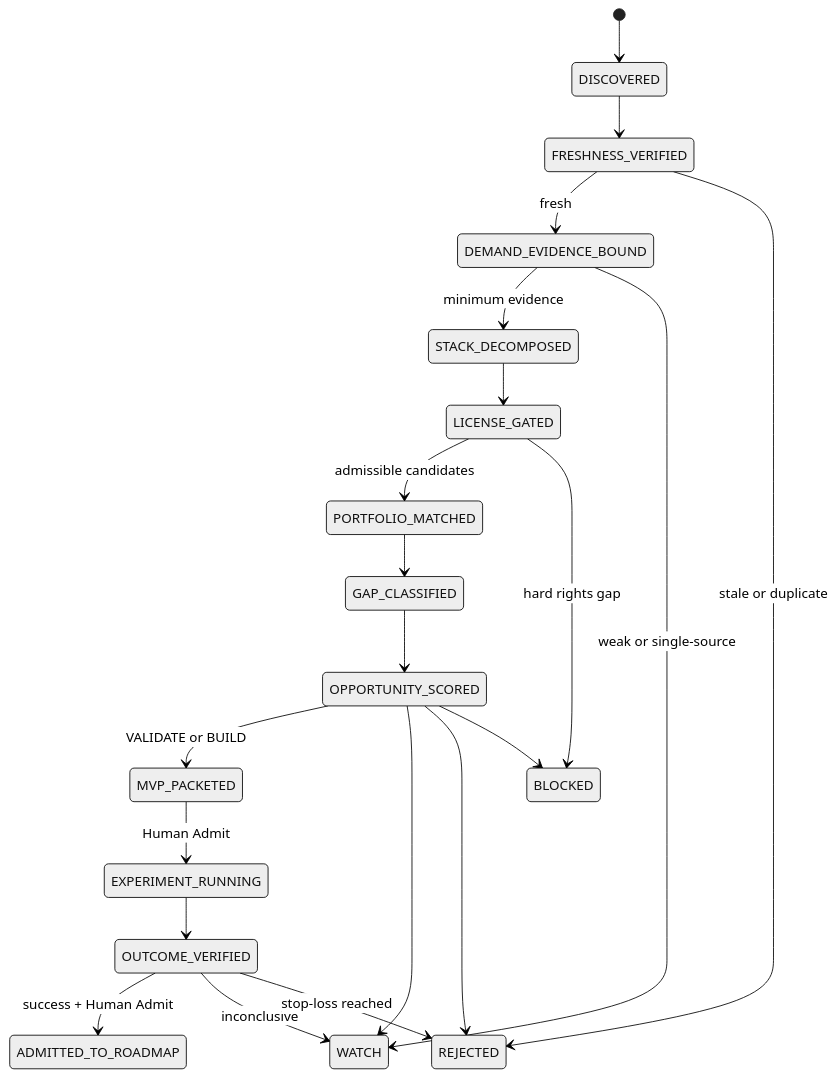
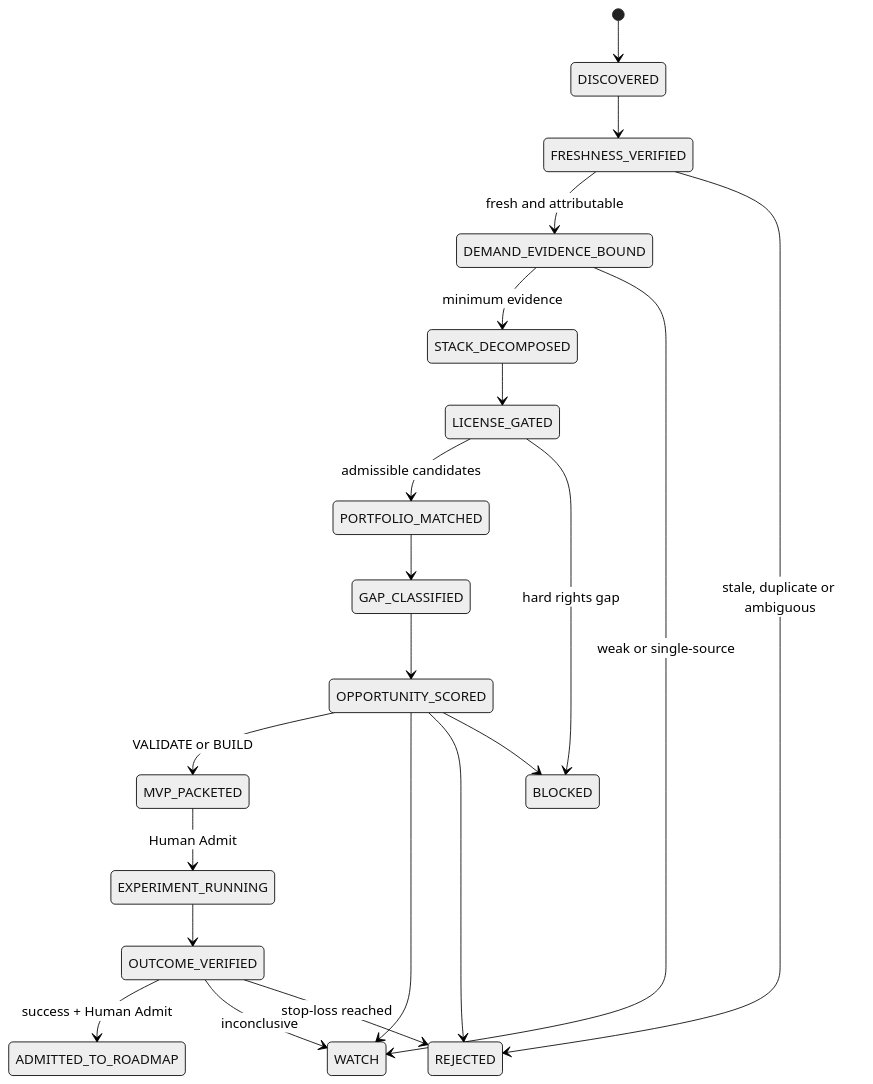
One commit to ed3c/ai-product-notes changed the first of 2 diagrams in README.md. Above: the diagram before and after it, drawn with Mermaid (neutral theme). The commit also changed other lines of this file, not shown here.

````diff
--- a/README.md
+++ b/README.md
@@ -97,23 +112,23 @@
 ```mermaid
 stateDiagram-v2
     [*] --> DISCOVERED
     DISCOVERED --> FRESHNESS_VERIFIED
-    FRESHNESS_VERIFIED --> DEMAND_EVIDENCE_BOUND: fresh
-    FRESHNESS_VERIFIED --> REJECTED: stale or duplicate
+    FRESHNESS_VERIFIED --> DEMAND_EVIDENCE_BOUND: fresh and attributable
+    FRESHNESS_VERIFIED --> REJECTED: stale, duplicate or ambiguous
     DEMAND_EVIDENCE_BOUND --> STACK_DECOMPOSED: minimum evidence
     DEMAND_EVIDENCE_BOUND --> WATCH: weak or single-source
     STACK_DECOMPOSED --> LICENSE_GATED
     LICENSE_GATED --> PORTFOLIO_MATCHED: admissible candidates
     LICENSE_GATED --> BLOCKED: hard rights gap
     PORTFOLIO_MATCHED --> GAP_CLASSIFIED
     GAP_CLASSIFIED --> OPPORTUNITY_SCORED
     OPPORTUNITY_SCORED --> MVP_PACKETED: VALIDATE or BUILD
     OPPORTUNITY_SCORED --> WATCH
     OPPORTUNITY_SCORED --> REJECTED
     OPPORTUNITY_SCORED --> BLOCKED
     MVP_PACKETED --> EXPERIMENT_RUNNING: Human Admit
     EXPERIMENT_RUNNING --> OUTCOME_VERIFIED
     OUTCOME_VERIFIED --> ADMITTED_TO_ROADMAP: success + Human Admit
     OUTCOME_VERIFIED --> WATCH: inconclusive
     OUTCOME_VERIFIED --> REJECTED: stop-loss reached
 ```
````
